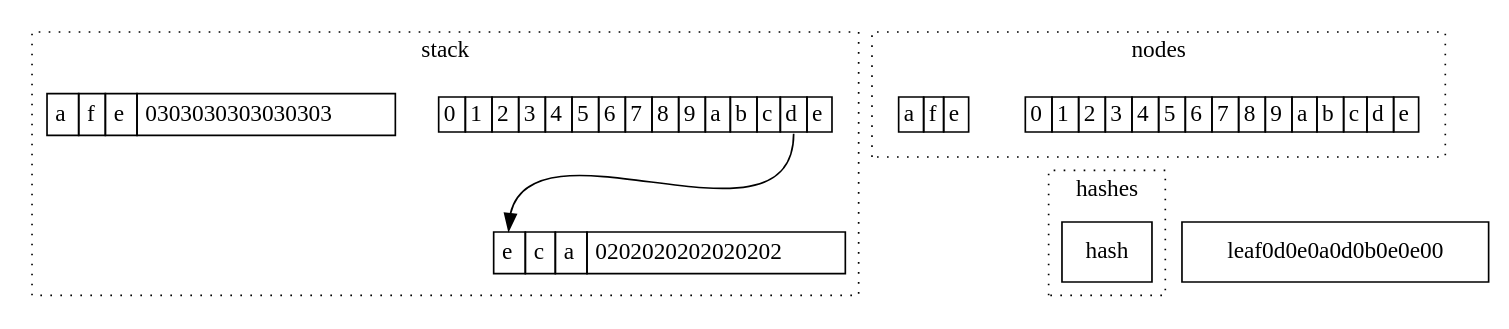
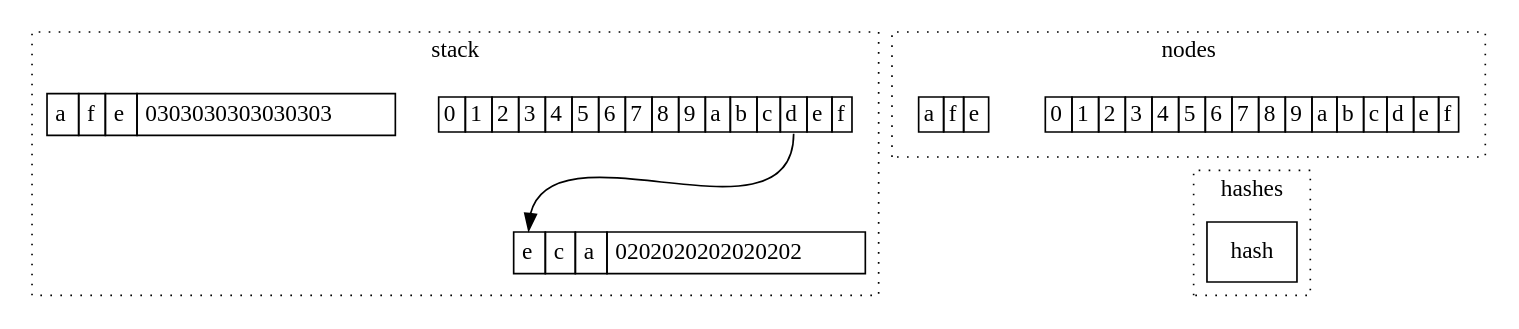
One commit to gballet/presentations changed the diagram in devcon/devconv/eth2_ee/step3.dot. Above: the diagram before and after it, drawn with Graphviz. The commit also changed 10 other files, not shown here.

```diff
--- a/devcon/devconv/eth2_ee/step3.dot
+++ b/devcon/devconv/eth2_ee/step3.dot
@@ -1,30 +1,29 @@
 digraph D {
 	node [shape=box];
 
 	subgraph clusterstack {
 		style=dotted;
 		label="stack";
-	branch0d0e0a0d0b0e0e [shape=none,label=<<table border="0" cellborder="1" cellspacing="0"><tr><td port="0">0</td><td port="1">1</td><td port="2">2</td><td port="3">3</td><td port="4">4</td><td port="5">5</td><td port="6">6</td><td port="7">7</td><td port="8">8</td><td port="9">9</td><td port="10">a</td><td port="11">b</td><td port="12">c</td><td port="13">d</td><td port="14">e</td></tr></table>>]
+	branch0d0e0a0d0b0e0e [shape=none,label=<<table border="0" cellborder="1" cellspacing="0"><tr><td port="0">0</td><td port="1">1</td><td port="2">2</td><td port="3">3</td><td port="4">4</td><td port="5">5</td><td port="6">6</td><td port="7">7</td><td port="8">8</td><td port="9">9</td><td port="10">a</td><td port="11">b</td><td port="12">c</td><td port="13">d</td><td port="14">e</td><td port="15">f</td></tr></table>>]
 	leaf0c0a0f0e0d [shape=none,margin=0,label=<<table border="0" cellborder="1" cellspacing="0" cellpadding="4"><tr><td port="0">e</td><td port="1">c</td><td port="2">a</td><td>0202020202020202</td></tr></table>>]
 	leaf0c0a0f0e0c [shape=none,margin=0,label=<<table border="0" cellborder="1" cellspacing="0" cellpadding="4"><tr><td port="0">a</td><td port="1">f</td><td port="2">e</td><td>0303030303030303</td></tr></table>>]
 
 	branch0d0e0a0d0b0e0e:13 -> leaf0c0a0f0e0d:0 
 	}
 
 	subgraph clusterproof {
 		style=dotted;
 		label="nodes";
-	branch [shape=none,label=<<table border="0" cellborder="1" cellspacing="0"><tr><td port="0">0</td><td port="1">1</td><td port="2">2</td><td port="3">3</td><td port="4">4</td><td port="5">5</td><td port="6">6</td><td port="7">7</td><td port="8">8</td><td port="9">9</td><td port="10">a</td><td port="11">b</td><td port="12">c</td><td port="13">d</td><td port="14">e</td></tr></table>>]
+	branch [shape=none,label=<<table border="0" cellborder="1" cellspacing="0"><tr><td port="0">0</td><td port="1">1</td><td port="2">2</td><td port="3">3</td><td port="4">4</td><td port="5">5</td><td port="6">6</td><td port="7">7</td><td port="8">8</td><td port="9">9</td><td port="10">a</td><td port="11">b</td><td port="12">c</td><td port="13">d</td><td port="14">e</td><td port="15">f</td></tr></table>>]
 	extension0c [shape=none,label=<<table border="0" cellspacing="0" cellborder="1"><tr><td port="0">a</td><td port="1">f</td><td port="2">e</td></tr></table>>]
-	branch0d0e0a0d0b0e0e [shape=none,label=<<table border="0" cellborder="1" cellspacing="0"><tr><td port="0">0</td><td port="1">1</td><td port="2">2</td><td port="3">3</td><td port="4">4</td><td port="5">5</td><td port="6">6</td><td port="7">7</td><td port="8">8</td><td port="9">9</td><td port="10">a</td><td port="11">b</td><td port="12">c</td><td port="13">d</td><td port="14">e</td></tr></table>>]
+	branch0d0e0a0d0b0e0e [shape=none,label=<<table border="0" cellborder="1" cellspacing="0"><tr><td port="0">0</td><td port="1">1</td><td port="2">2</td><td port="3">3</td><td port="4">4</td><td port="5">5</td><td port="6">6</td><td port="7">7</td><td port="8">8</td><td port="9">9</td><td port="10">a</td><td port="11">b</td><td port="12">c</td><td port="13">d</td><td port="14">e</td><td port="15">f</td></tr></table>>]
 	}
 
 	subgraph clusterhashes {
 		style=dotted;
 		label="hashes";
 		hash
 	}
 
 	branch -> hash [style=invis];
-	branch -> leaf0d0e0a0d0b0e0e00 [style=invis];
 }
```
